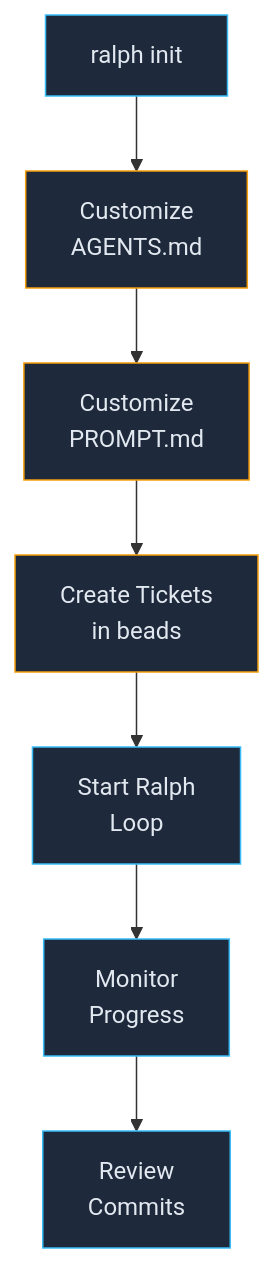
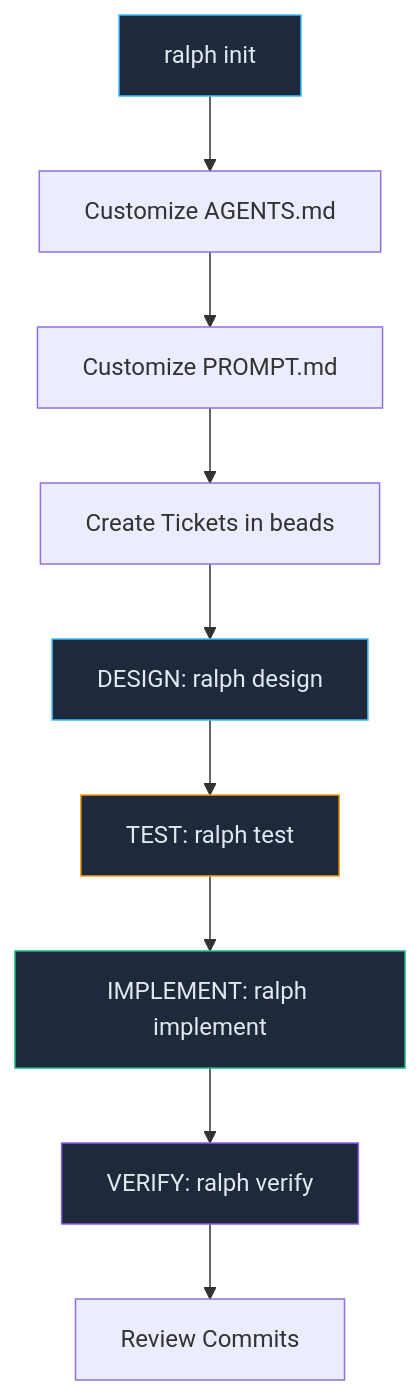
The diagram in docs/GETTING_STARTED.md (samdharma/ralph_loop), drawn with Mermaid before and after one commit. The commit also changed other lines of this file and 8 other files, not shown here.

````diff
--- a/docs/GETTING_STARTED.md
+++ b/docs/GETTING_STARTED.md
@@ -9,17 +11,17 @@
 ```mermaid
 graph TD
-    A[ralph init] --> B[Customize<br/>AGENTS.md]
-    B --> C[Customize<br/>PROMPT.md]
-    C --> D[Create Tickets<br/>in beads]
-    D --> E[Start Ralph<br/>Loop]
-    E --> F[Monitor<br/>Progress]
-    F --> G[Review<br/>Commits]
+    A[ralph init] --> B[Customize AGENTS.md]
+    B --> C[Customize PROMPT.md]
+    C --> D[Create Tickets in beads]
+    D --> E1[DESIGN: ralph design]
+    E1 --> E2[TEST: ralph test]
+    E2 --> E3[IMPLEMENT: ralph implement]
+    E3 --> E4[VERIFY: ralph verify]
+    E4 --> F[Review Commits]
 
     style A fill:#1e293b,stroke:#38bdf8,color:#e2e8f0
-    style B fill:#1e293b,stroke:#f59e0b,color:#e2e8f0
-    style C fill:#1e293b,stroke:#f59e0b,color:#e2e8f0
-    style D fill:#1e293b,stroke:#f59e0b,color:#e2e8f0
-    style E fill:#1e293b,stroke:#38bdf8,color:#e2e8f0
-    style F fill:#1e293b,stroke:#38bdf8,color:#e2e8f0
-    style G fill:#1e293b,stroke:#38bdf8,color:#e2e8f0
+    style E1 fill:#1e293b,stroke:#38bdf8,color:#e2e8f0
+    style E2 fill:#1e293b,stroke:#f59e0b,color:#e2e8f0
+    style E3 fill:#1e293b,stroke:#10b981,color:#e2e8f0
+    style E4 fill:#1e293b,stroke:#8b5cf6,color:#e2e8f0
 ```
````
